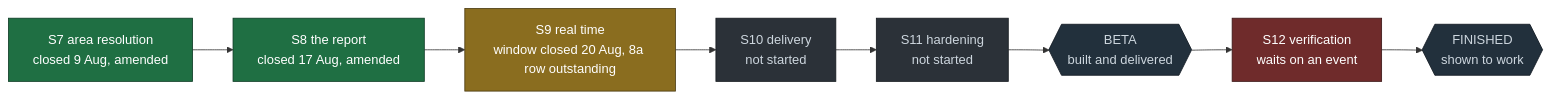
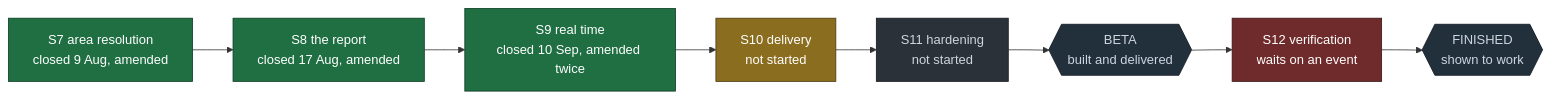
The first of 2 diagrams in docs/MVP.md (jerzy99jerzy/air-alert-early-warning), drawn with Mermaid before and after one commit. The commit also changed other lines of this file and 24 other files, not shown here.

````diff
--- a/docs/MVP.md
+++ b/docs/MVP.md
@@ -233,25 +233,25 @@
 ```mermaid
 flowchart LR
     S7["S7 area resolution<br/>closed 9 Aug, amended"]
     S8["S8 the report<br/>closed 17 Aug, amended"]
-    S9["S9 real time<br/>window closed 20 Aug, 8a row outstanding"]
+    S9["S9 real time<br/>closed 10 Sep, amended twice"]
     S10["S10 delivery<br/>not started"]
     S11["S11 hardening<br/>not started"]
     BETA{{"BETA<br/>built and delivered"}}
     S12["S12 verification<br/>waits on an event"]
     DONE{{"FINISHED<br/>shown to work"}}
 
     S7 --> S8 --> S9 --> S10 --> S11 --> BETA --> S12 --> DONE
 
     classDef met fill:#1f6f43,stroke:#0d3b24,color:#ffffff
     classDef running fill:#8a6d1f,stroke:#4a3a10,color:#ffffff
     classDef todo fill:#2b3138,stroke:#161a1f,color:#cdd6de
     classDef blocked fill:#6f2b2b,stroke:#3b1616,color:#ffffff
     classDef gate fill:#22303c,stroke:#0f1720,color:#cdd6de
 
-    class S7,S8 met
-    class S9 running
-    class S10,S11 todo
+    class S7,S8,S9 met
+    class S10 running
+    class S11 todo
     class S12 blocked
     class BETA,DONE gate
 ```
````
